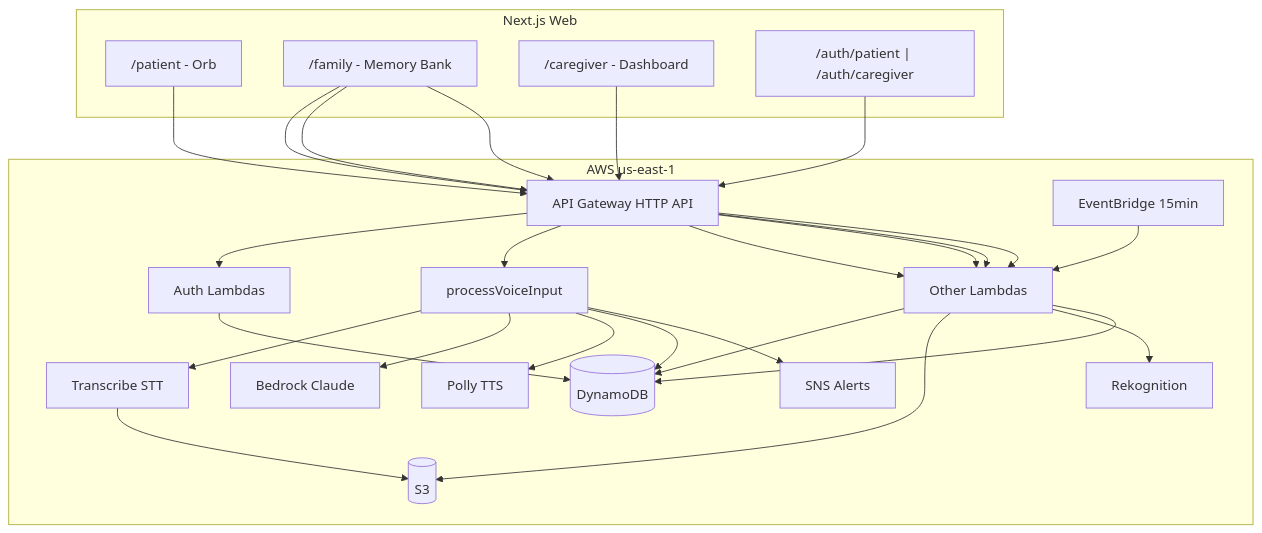
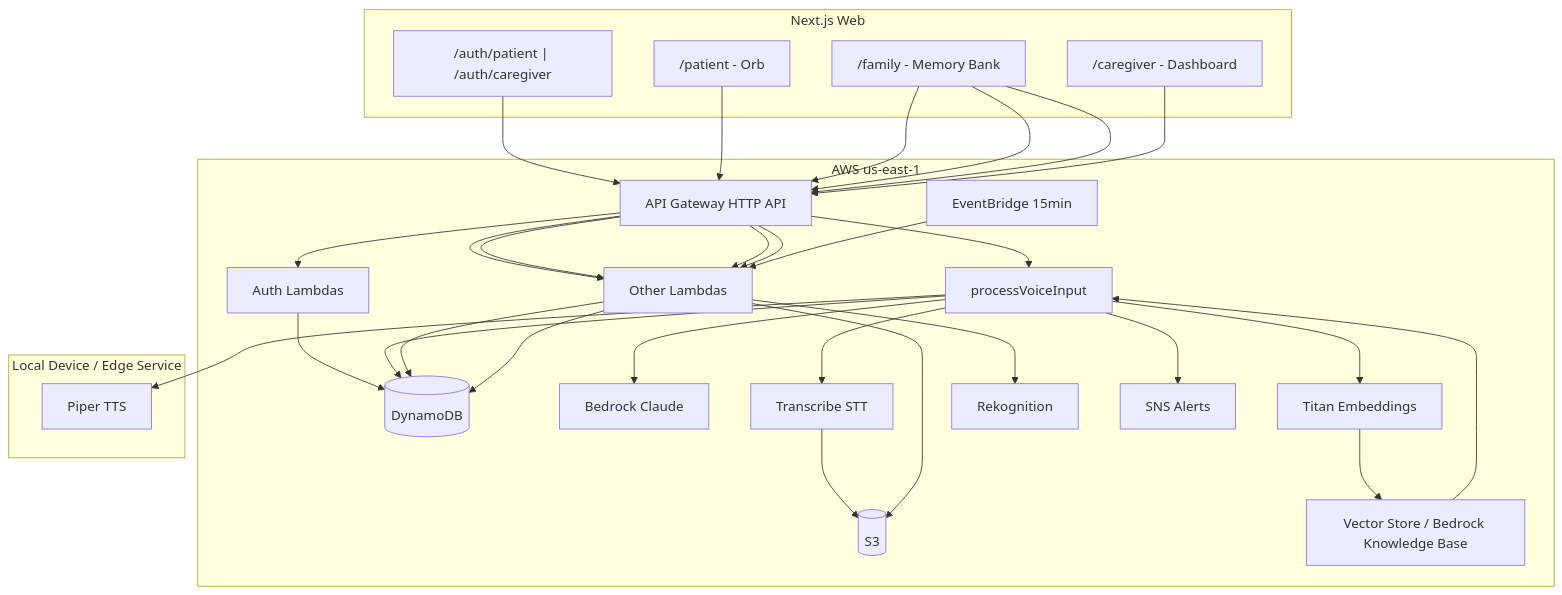
Before and after one commit to jatishay07/Memodi: the first of 2 diagrams in docs/architecture/system-overview.md, drawn with Mermaid. The commit also changed other lines of this file and 19 other files, not shown here.

````diff
--- a/docs/architecture/system-overview.md
+++ b/docs/architecture/system-overview.md
@@ -7,37 +9,44 @@
 ```mermaid
 flowchart TB
   subgraph client [Next.js Web]
     PatientUI["/patient - Orb"]
     FamilyUI["/family - Memory Bank"]
     CaregiverUI["/caregiver - Dashboard"]
     AuthUI["/auth/patient | /auth/caregiver"]
   end
 
   subgraph aws [AWS us-east-1]
     APIGW[API Gateway HTTP API]
     LambdaAuth[Auth Lambdas]
     LambdaVoice[processVoiceInput]
     LambdaCore[Other Lambdas]
     DDB[(DynamoDB)]
     S3[(S3)]
     Bedrock[Bedrock Claude]
-    Polly[Polly TTS]
+    Titan[Titan Embeddings]
+    KB[Vector Store / Bedrock Knowledge Base]
     Transcribe[Transcribe STT]
     Rekognition[Rekognition]
     SNS[SNS Alerts]
     EB[EventBridge 15min]
   end
 
+  subgraph local [Local Device / Edge Service]
+    Piper[Piper TTS]
+  end
+
   AuthUI --> APIGW --> LambdaAuth --> DDB
   PatientUI --> APIGW --> LambdaVoice
   LambdaVoice --> Transcribe --> S3
   LambdaVoice --> Bedrock
-  LambdaVoice --> Polly
+  LambdaVoice --> Titan --> KB
+  KB --> LambdaVoice
+  LambdaVoice --> Piper
   LambdaVoice --> DDB
   LambdaVoice --> SNS
   FamilyUI --> APIGW --> LambdaCore --> DDB
   FamilyUI --> APIGW --> LambdaCore --> S3
   FamilyUI --> APIGW --> LambdaCore --> Rekognition
   CaregiverUI --> APIGW --> LambdaCore --> DDB
   EB --> LambdaCore
 ```
````
